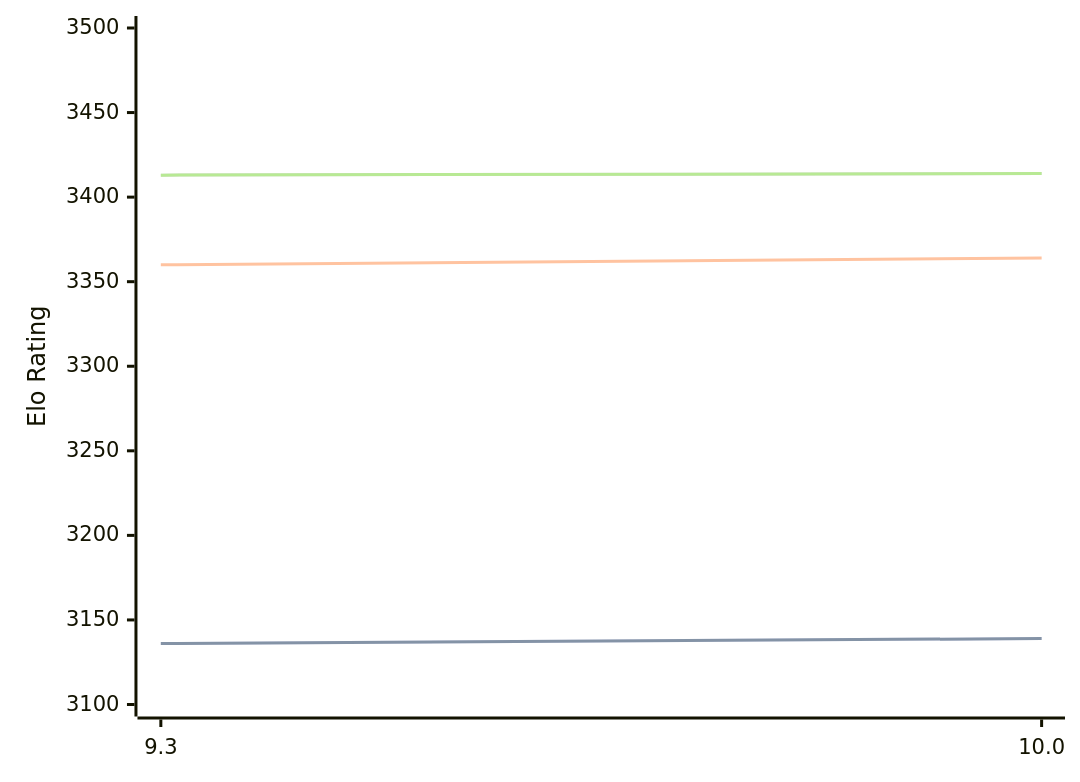
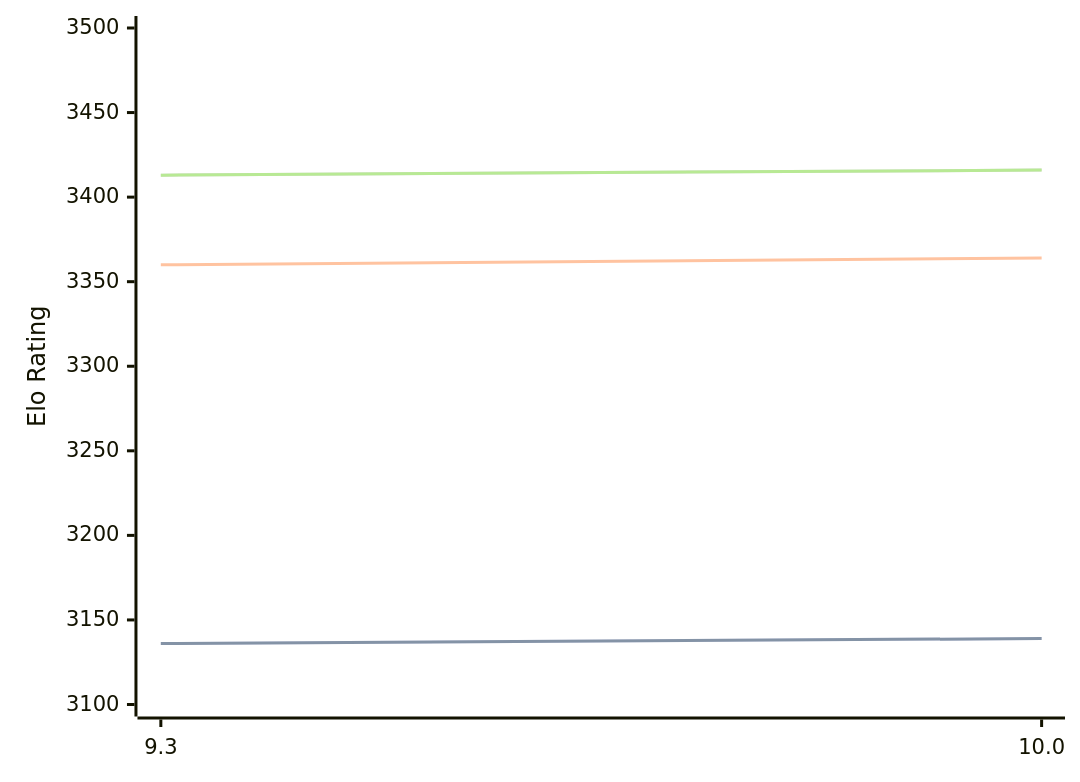
One commit to computer-chess-index/cci changed the diagram in engines/Fire.md. Above: the diagram before and after it, drawn with Mermaid. The commit also changed other lines of this file, not shown here.

Commit message:
Update CCI Ratings (ELO VLTC) - 2026-05-22

````diff
--- a/engines/Fire.md
+++ b/engines/Fire.md
@@ -47,11 +47,11 @@
 ```mermaid
 %%{init: {"theme":"base","themeVariables":{"seriesColors:['#a3a3a3','#222221','#faa371']}}}%%
 xychart-beta
   x-axis ["9.3", "10.0"]
   y-axis "Elo Rating" 3100 --> 3500
   line "STC (8.0+0.08s)" [3136, 3139]
   line "STC (8.0+0.08s)" [3136, 3139]
   line "LTC (60.0+0.60s)" [3360, 3364]
-  line "VLTC (2m24s+1.12s)" [3413, 3414]
-  line "VLTC (2m24s+1.12s)" [3413, 3414]
+  line "VLTC (2m24s+1.12s)" [3413, 3416]
+  line "VLTC (2m24s+1.12s)" [3413, 3416]
 ```
````
